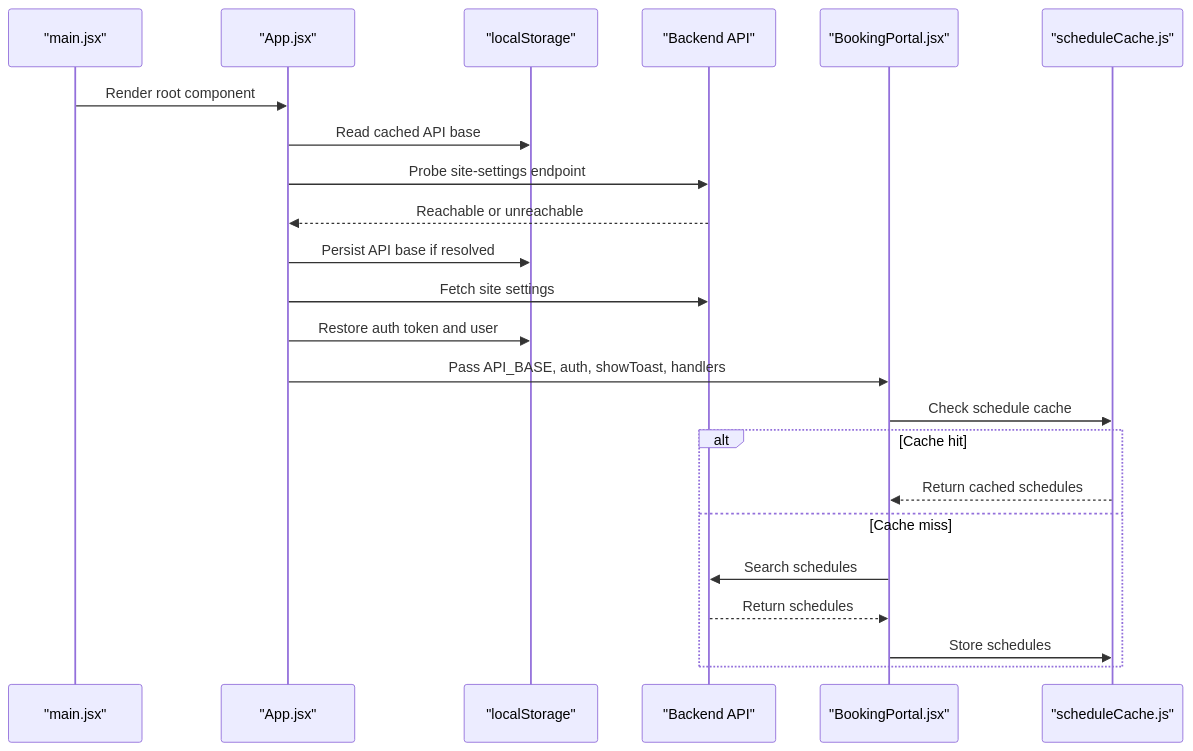
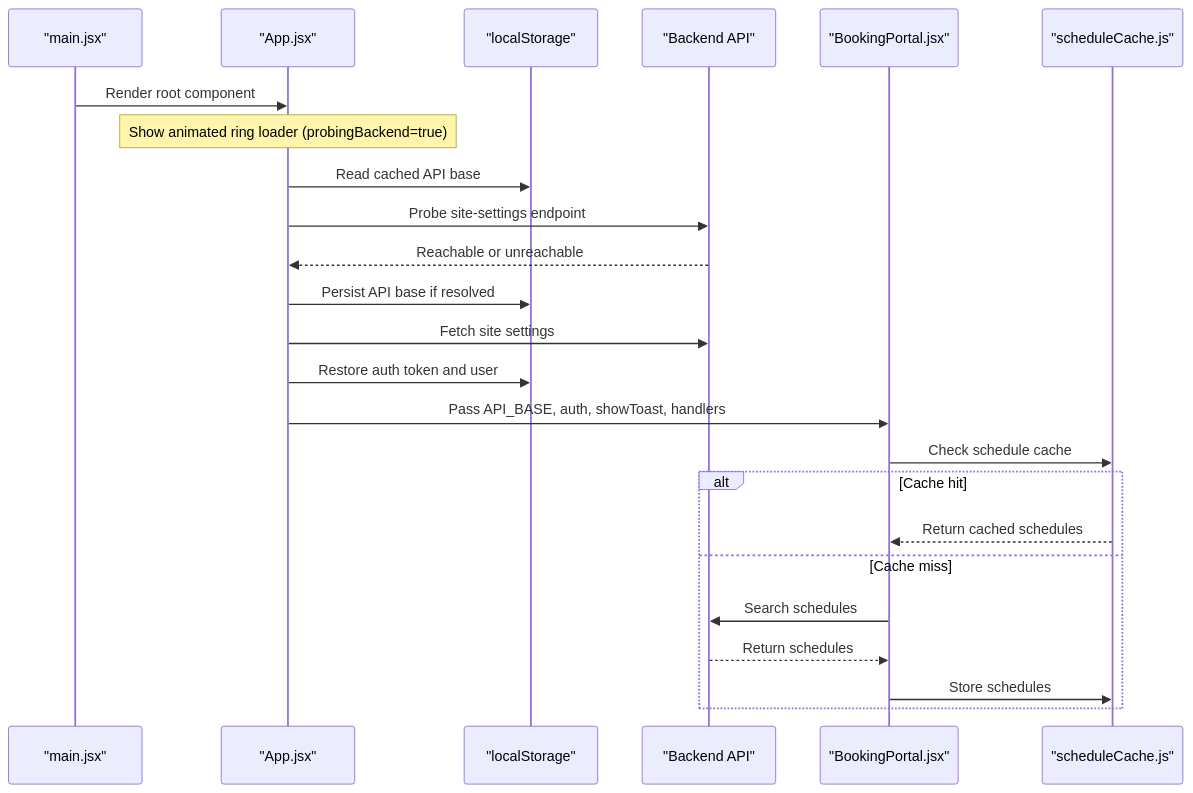
Before and after one commit to mahbub095/bus-app: the second of 13 diagrams in .qoder/repowiki/en/content/Customer Application/State Management.md, drawn with Mermaid. The commit also changed other lines of this file and 115 other files, not shown here.

````diff
--- a/.qoder/repowiki/en/content/Customer Application/State Management.md
+++ b/.qoder/repowiki/en/content/Customer Application/State Management.md
@@ -92,25 +106,26 @@
 ```mermaid
 sequenceDiagram
 participant Entry as "main.jsx"
 participant App as "App.jsx"
 participant Storage as "localStorage"
 participant Backend as "Backend API"
 participant Portal as "BookingPortal.jsx"
 participant Cache as "scheduleCache.js"
 Entry->>App : Render root component
+Note over App : Show animated ring loader (probingBackend=true)
 App->>Storage : Read cached API base
 App->>Backend : Probe site-settings endpoint
 Backend-->>App : Reachable or unreachable
 App->>Storage : Persist API base if resolved
 App->>Backend : Fetch site settings
 App->>Storage : Restore auth token and user
 App->>Portal : Pass API_BASE, auth, showToast, handlers
 Portal->>Cache : Check schedule cache
 alt Cache hit
 Cache-->>Portal : Return cached schedules
 else Cache miss
 Portal->>Backend : Search schedules
 Backend-->>Portal : Return schedules
 Portal->>Cache : Store schedules
 end
 ```
````
